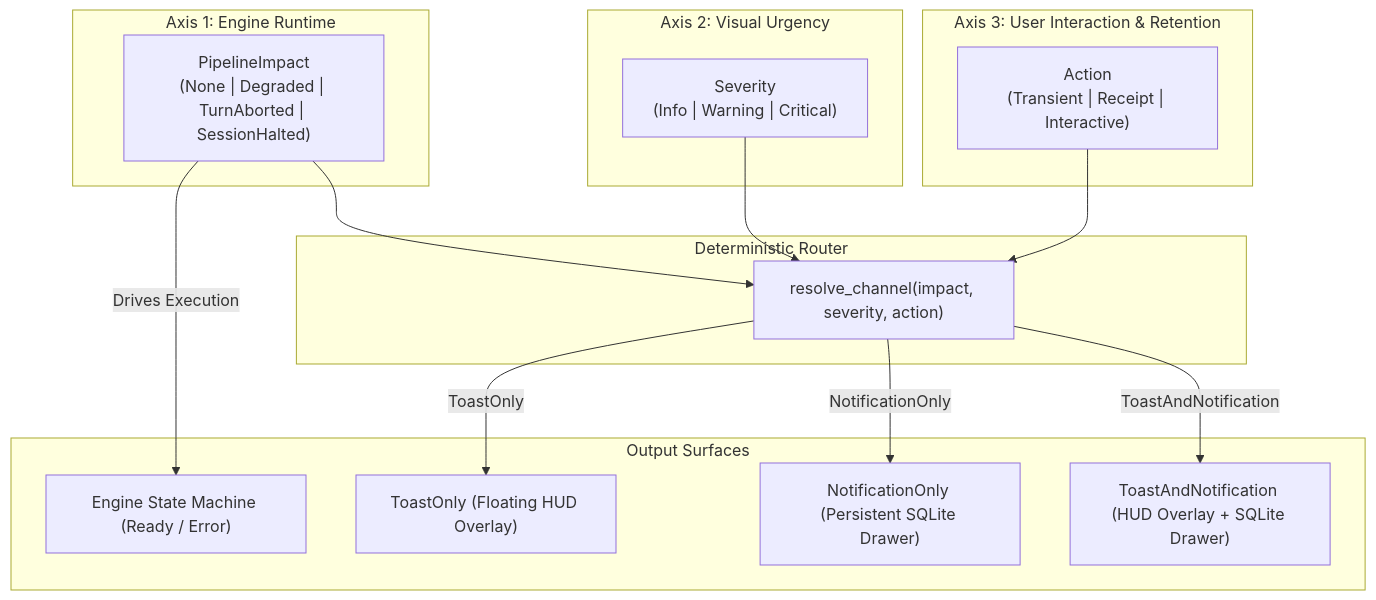
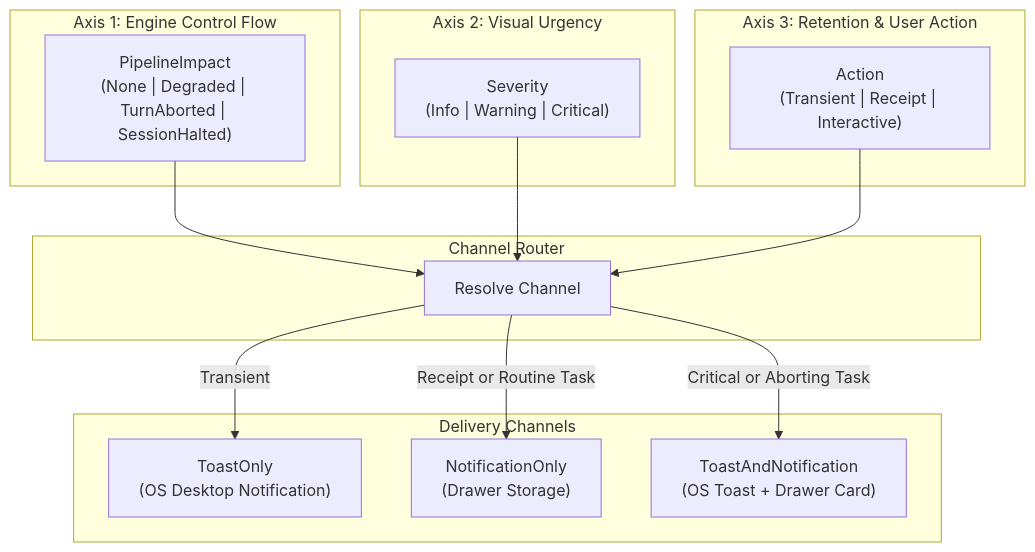
The first of 2 diagrams in docs/specs/notifications-spec.md (addy-47/vox), drawn with Mermaid before and after one commit. The commit also changed other lines of this file and 15 other files, not shown here.

Commit message:
docs: update architectural specification and planning documents across system subsystems

````diff
--- a/docs/specs/notifications-spec.md
+++ b/docs/specs/notifications-spec.md
@@ -13,31 +36,29 @@
 ```mermaid
 flowchart TD
-    subgraph Axis 1: Engine Runtime
+    subgraph Axis 1: Engine Control Flow
         PI["PipelineImpact<br/>(None | Degraded | TurnAborted | SessionHalted)"]
     end
 
     subgraph Axis 2: Visual Urgency
         SV["Severity<br/>(Info | Warning | Critical)"]
     end
 
-    subgraph Axis 3: User Interaction & Retention
+    subgraph Axis 3: Retention & User Action
         AC["Action<br/>(Transient | Receipt | Interactive)"]
     end
 
-    subgraph Deterministic Router
-        RC["resolve_channel(impact, severity, action)"]
+    subgraph Channel Router
+        CR["Resolve Channel"]
     end
 
-    subgraph Output Surfaces
-        SM["Engine State Machine (Ready / Error)"]
-        TO["ToastOnly (Floating HUD Overlay)"]
-        NO["NotificationOnly (Persistent SQLite Drawer)"]
-        TN["ToastAndNotification (HUD Overlay + SQLite Drawer)"]
+    subgraph Delivery Channels
+        TO["ToastOnly<br/>(OS Desktop Notification)"]
+        NO["NotificationOnly<br/>(Drawer Storage)"]
+        TN["ToastAndNotification<br/>(OS Toast + Drawer Card)"]
     end
 
-    PI -->|Drives Execution| SM
-    PI & SV & AC --> RC
-    RC -->|ToastOnly| TO
-    RC -->|NotificationOnly| NO
-    RC -->|ToastAndNotification| TN
+    PI & SV & AC --> CR
+    CR -->|Transient| TO
+    CR -->|Receipt or Routine Task| NO
+    CR -->|Critical or Aborting Task| TN
 ```
````
